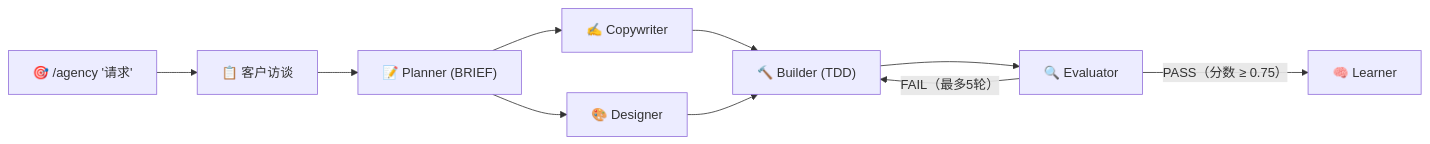
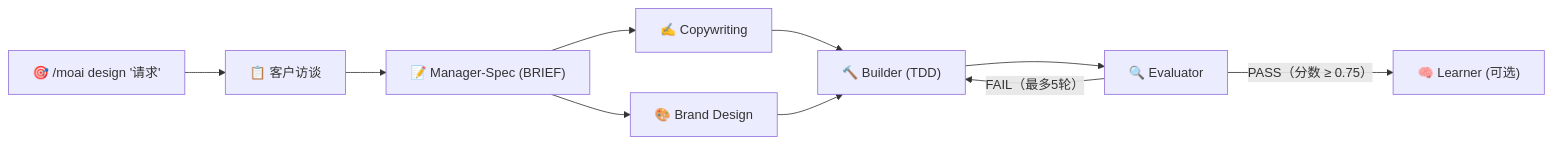
The seventh of 7 diagrams in README.zh.md (modu-ai/moai-adk), drawn with Mermaid before and after one commit. The commit also changed other lines of this file and 2 other files, not shown here.

First line of the commit message:
docs: migrate README ko/ja/zh from /agency to /moai design

````diff
--- a/README.zh.md
+++ b/README.zh.md
@@ -903,12 +903,12 @@
 ```mermaid
 flowchart LR
-    REQ["🎯 /agency '请求'"] --> INT["📋 客户访谈"]
-    INT --> P["📝 Planner (BRIEF)"]
-    P --> C["✍️ Copywriter"]
-    P --> D["🎨 Designer"]
+    REQ["🎯 /moai design '请求'"] --> INT["📋 客户访谈"]
+    INT --> P["📝 Manager-Spec (BRIEF)"]
+    P --> C["✍️ Copywriting"]
+    P --> D["🎨 Brand Design"]
     C --> B["🔨 Builder (TDD)"]
     D --> B
     B --> E["🔍 Evaluator"]
     E -->|"FAIL（最多5轮）"| B
-    E -->|"PASS（分数 ≥ 0.75）"| L["🧠 Learner"]
+    E -->|"PASS（分数 ≥ 0.75）"| L["🧠 Learner (可选)"]
 ```
````
